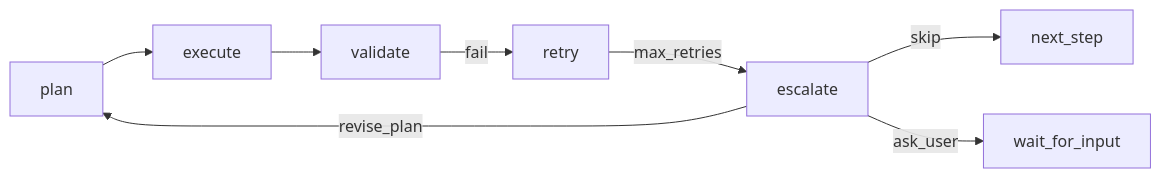
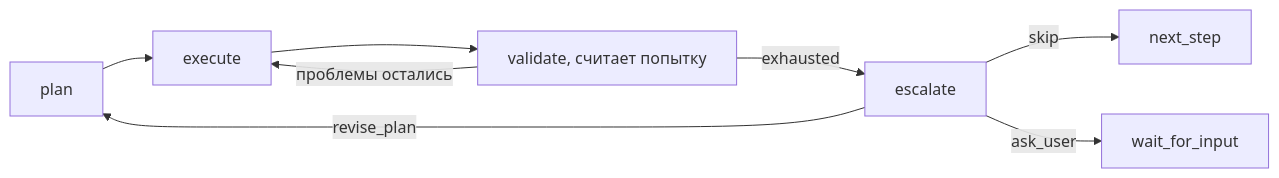
One commit to moira-mcp/moira changed the fourth of 4 diagrams in packages/mcp-server/src/help/content/ru/guides/workflow-creation.md. Above: the diagram before and after it, drawn with Mermaid. The commit also changed other lines of this file and 338 other files, not shown here.

First line of the commit message:
feat(workflow): add N-output routing and unified diagrams (#236)

````diff
--- a/packages/mcp-server/src/help/content/ru/guides/workflow-creation.md
+++ b/packages/mcp-server/src/help/content/ru/guides/workflow-creation.md
@@ -739,10 +851,10 @@
 ```mermaid
 flowchart LR
     A[plan] --> B[execute]
-    B --> C[validate]
-    C -->|fail| D[retry]
-    D -->|max_retries| E[escalate]
+    B --> C[validate, считает попытку]
+    C -->|проблемы остались| B
+    C -->|exhausted| E[escalate]
     E -->|revise_plan| A
     E -->|skip| F[next_step]
     E -->|ask_user| G[wait_for_input]
 ```
````
